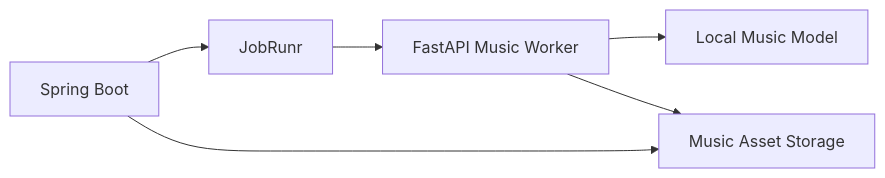
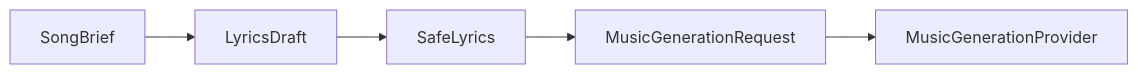
The diagram in doc/09_MusicGen連携設計書.md (iwaken0928/SeedShiftRadio), drawn with Mermaid before and after one commit. The commit also changed other lines of this file and 19 other files, not shown here.

````diff
--- a/doc/09_MusicGen連携設計書.md
+++ b/doc/09_MusicGen連携設計書.md
@@ -16,14 +83,7 @@
 ```mermaid
 flowchart LR
-    Server["Spring Boot"]
-    Job["JobRunr"]
-    Worker["FastAPI Music Worker"]
-    Model["Local Music Model"]
-    Files["Music Asset Storage"]
-
-    Server --> Job
-    Job --> Worker
-    Worker --> Model
-    Worker --> Files
-    Server --> Files
+    Brief["SongBrief"] --> Draft["LyricsDraft"]
+    Draft --> Safe["SafeLyrics"]
+    Safe --> Request["MusicGenerationRequest"]
+    Request --> Provider["MusicGenerationProvider"]
 ```
````
